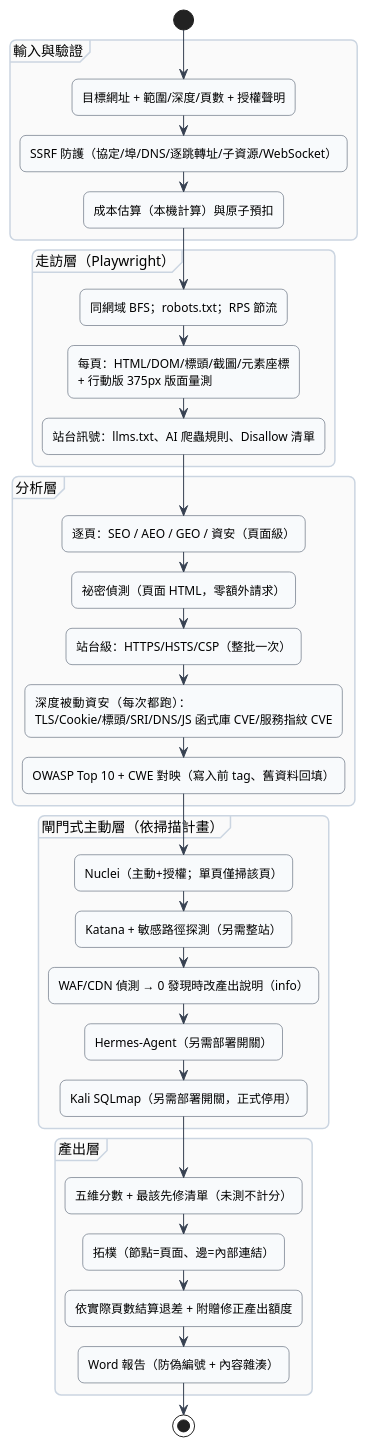
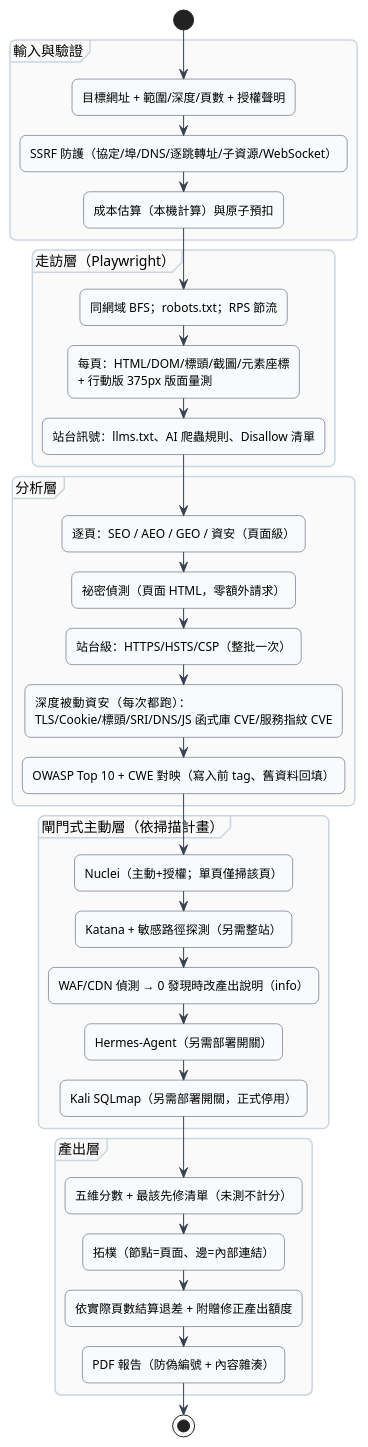
One commit to Djude1/Argus_WebsiteDiagnosticPlatform changed diagram 13 of 25 in 專題文件生成/設計文件_圖表與成本模組.md. Above: the diagram before and after it, drawn with PlantUML. The commit also changed other lines of this file and 67 other files, not shown here.

````diff
--- a/專題文件生成/設計文件_圖表與成本模組.md
+++ b/專題文件生成/設計文件_圖表與成本模組.md
@@ -679,48 +679,48 @@
 ```plantuml
 @startuml
 skinparam defaultFontName Microsoft JhengHei
 skinparam shadowing false
 skinparam roundcorner 12
 skinparam BackgroundColor #FFFFFF
 skinparam ArrowColor #374151
 skinparam ActivityBorderColor #334155
 skinparam ActivityBackgroundColor #F8FAFC
 skinparam ActivityDiamondBackgroundColor #FEF3C7
 skinparam ActivityDiamondBorderColor #D97706
 skinparam partitionBorderColor #CBD5E1
 skinparam partitionBackgroundColor #FAFAFA
 
 start
 partition "輸入與驗證" {
   :目標網址 + 範圍/深度/頁數 + 授權聲明;
   :SSRF 防護（協定/埠/DNS/逐跳轉址/子資源/WebSocket）;
   :成本估算（本機計算）與原子預扣;
 }
 partition "走訪層（Playwright）" {
   :同網域 BFS；robots.txt；RPS 節流;
   :每頁：HTML/DOM/標頭/截圖/元素座標\n+ 行動版 375px 版面量測;
   :站台訊號：llms.txt、AI 爬蟲規則、Disallow 清單;
 }
 partition "分析層" {
   :逐頁：SEO / AEO / GEO / 資安（頁面級）;
   :祕密偵測（頁面 HTML，零額外請求）;
   :站台級：HTTPS/HSTS/CSP（整批一次）;
   :深度被動資安（每次都跑）：\nTLS/Cookie/標頭/SRI/DNS/JS 函式庫 CVE/服務指紋 CVE;
   :OWASP Top 10 + CWE 對映（寫入前 tag、舊資料回填）;
 }
 partition "閘門式主動層（依掃描計畫）" {
   :Nuclei（主動+授權；單頁僅掃該頁）;
   :Katana + 敏感路徑探測（另需整站）;
   :WAF/CDN 偵測 → 0 發現時改產出說明（info）;
   :Hermes-Agent（另需部署開關）;
   :Kali SQLmap（另需部署開關，正式停用）;
 }
 partition "產出層" {
   :五維分數 + 最該先修清單（未測不計分）;
   :拓樸（節點=頁面、邊=內部連結）;
   :依實際頁數結算退差 + 附贈修正產出額度;
-  :Word 報告（防偽編號 + 內容雜湊）;
+  :PDF 報告（防偽編號 + 內容雜湊）;
 }
 stop
 @enduml
 ```
````
